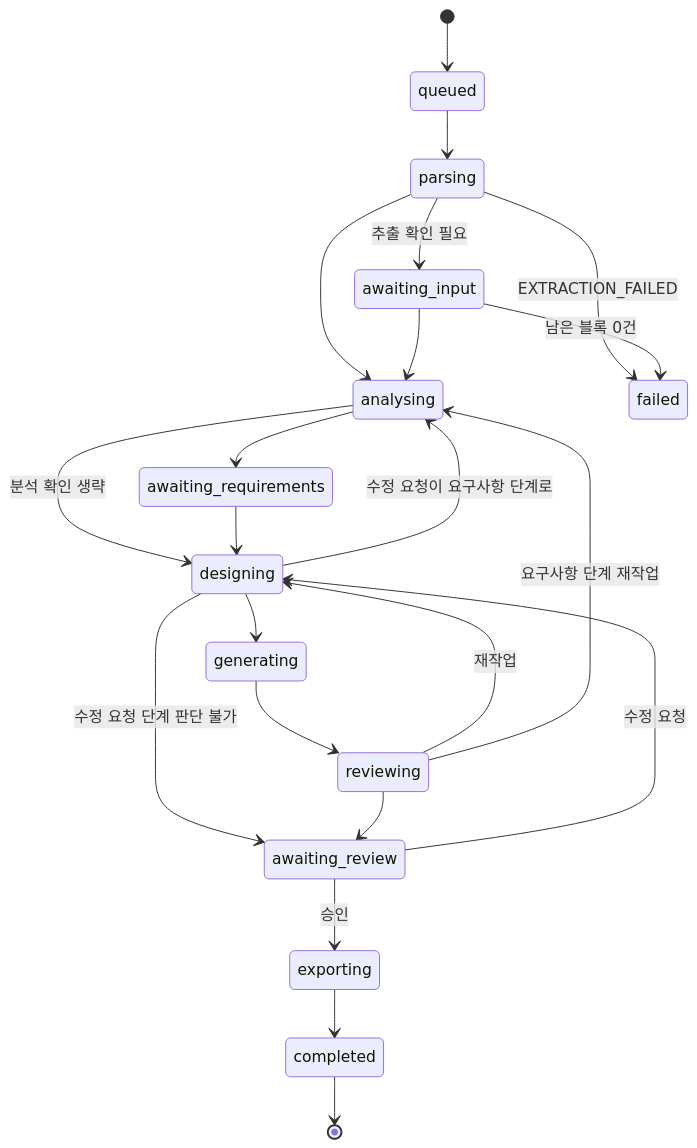
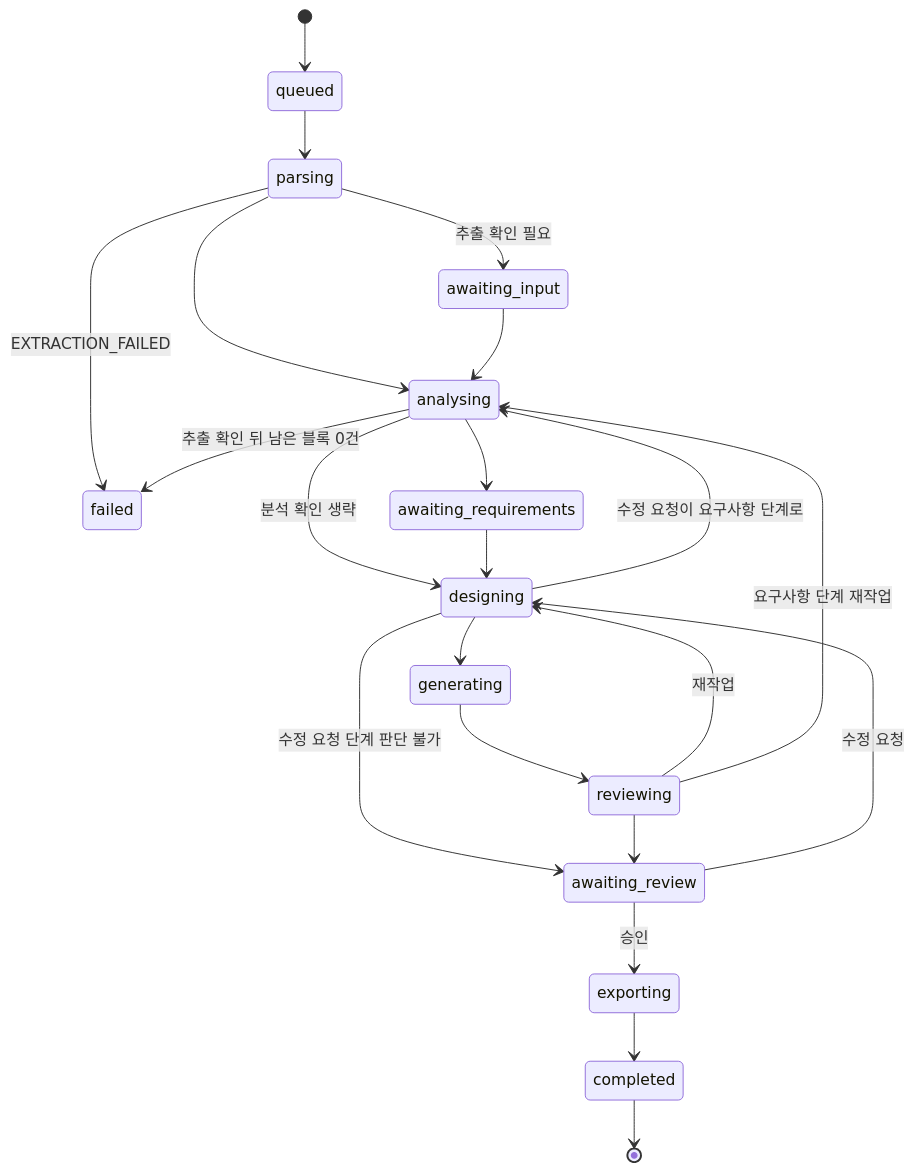
The third of 3 diagrams in docs/03-architecture.md (surplus96/specton), drawn with Mermaid before and after one commit. The commit also changed 13 other files, not shown here.

````diff
--- a/docs/03-architecture.md
+++ b/docs/03-architecture.md
@@ -105,24 +105,24 @@
 ```mermaid
 stateDiagram-v2
     [*] --> queued
     queued --> parsing
     parsing --> awaiting_input: 추출 확인 필요
     parsing --> analysing
     parsing --> failed: EXTRACTION_FAILED
     awaiting_input --> analysing
-    awaiting_input --> failed: 남은 블록 0건
+    analysing --> failed: 추출 확인 뒤 남은 블록 0건
     analysing --> awaiting_requirements
     analysing --> designing: 분석 확인 생략
     awaiting_requirements --> designing
     designing --> generating
     designing --> analysing: 수정 요청이 요구사항 단계로
     designing --> awaiting_review: 수정 요청 단계 판단 불가
     generating --> reviewing
     reviewing --> designing: 재작업
     reviewing --> analysing: 요구사항 단계 재작업
     reviewing --> awaiting_review
     awaiting_review --> designing: 수정 요청
     awaiting_review --> exporting: 승인
     exporting --> completed
     completed --> [*]
 ```
````
